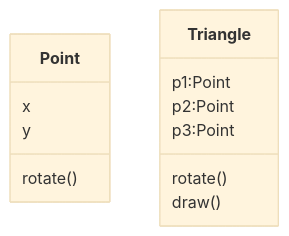
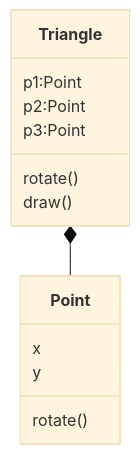
One commit to jwang1122/python changed diagram 16 of 37 in doc/python.md. Above: the diagram before and after it, drawn with Mermaid (base theme). The commit also changed other lines of this file and 15 other files, not shown here.

````diff
--- a/doc/python.md
+++ b/doc/python.md
@@ -1319,18 +1331,19 @@
 ```mermaid
 classDiagram
 
 class Point{
   x
   y
   rotate()
 }
 
 class Triangle{
   p1:Point
   p2:Point
   p3:Point
   rotate()
   draw()
 }
 
+Triangle *-- Point
 ```
````
